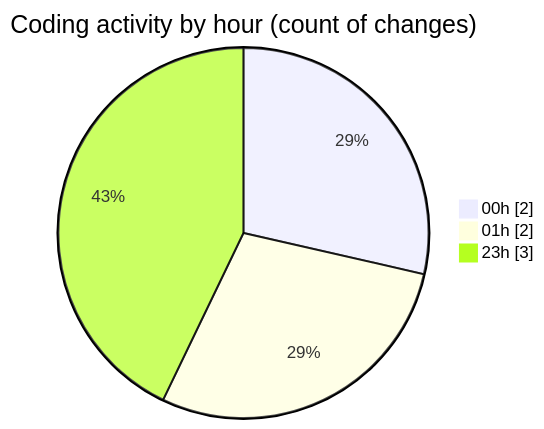
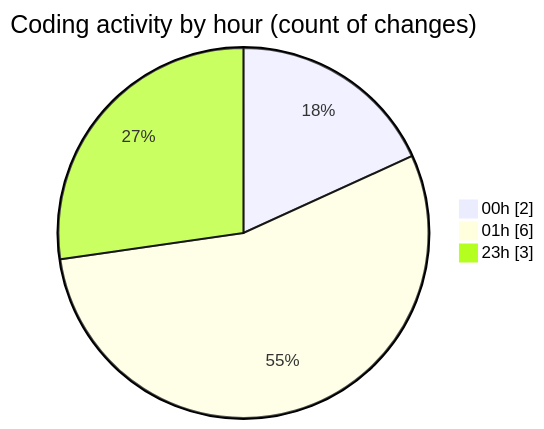
The second of 2 diagrams in 2025-07-16/nhahang/README.md (lephambinh05/code-tracking), drawn with Mermaid before and after one commit. The commit also changed other lines of this file and 1 other file, not shown here.

````diff
--- a/2025-07-16/nhahang/README.md
+++ b/2025-07-16/nhahang/README.md
@@ -34,7 +36,7 @@
 ```mermaid
 pie showData
 title Coding activity by hour (count of changes)
 "00h" : 2
-"01h" : 2
+"01h" : 6
 "23h" : 3
 ```
````
